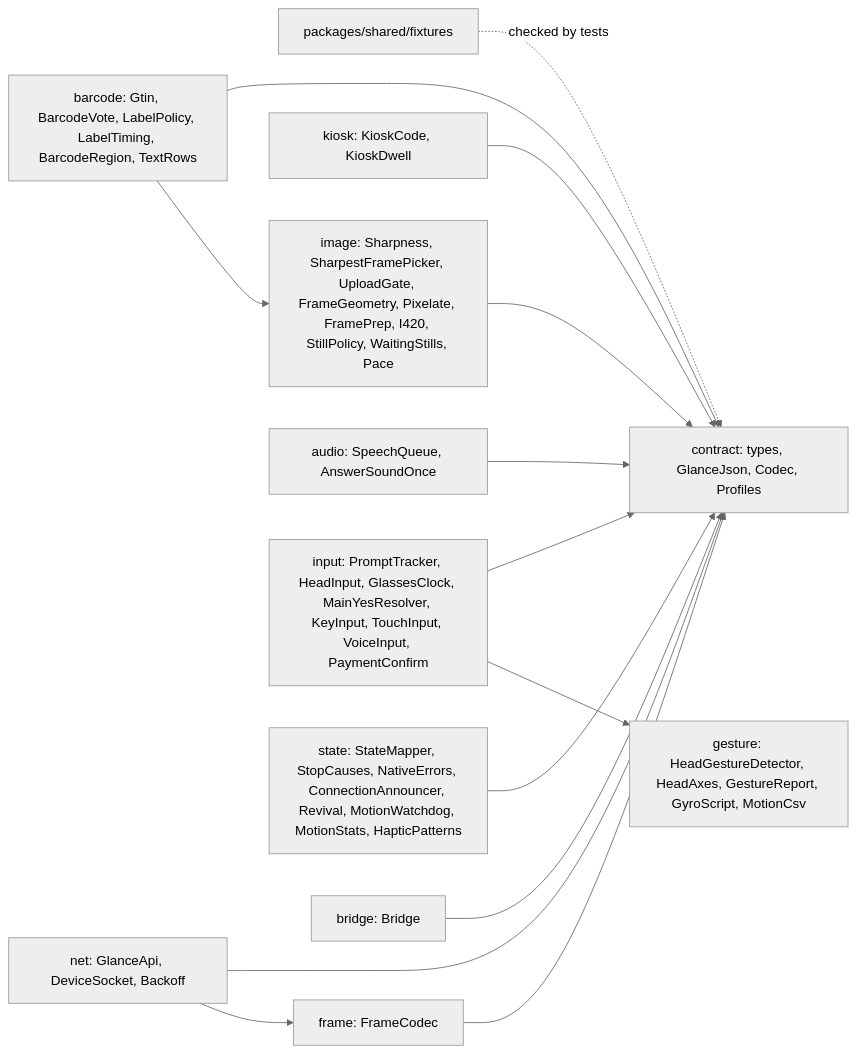
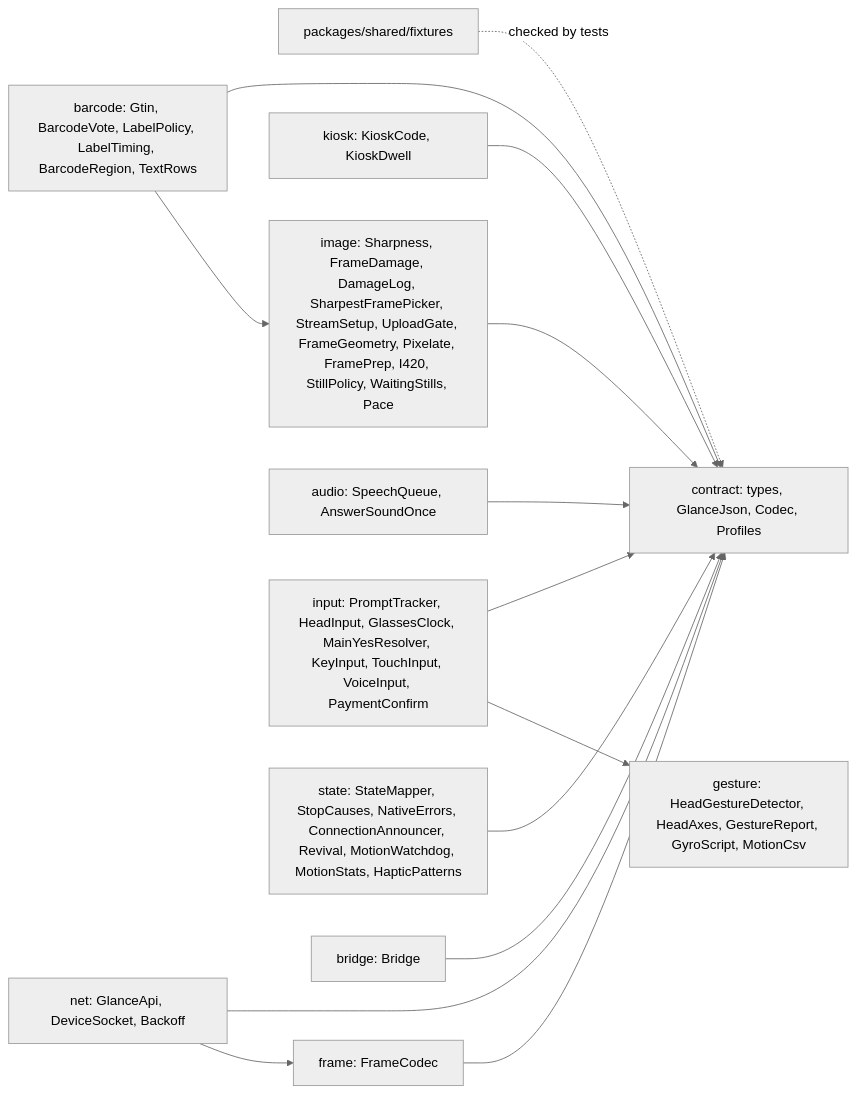
Before and after one commit to mrBymax/glance: the sixth of 7 diagrams in apps/mobile/android/README.md, drawn with Mermaid (neutral theme). The commit also changed other lines of this file, not shown here.

First line of the commit message:
docs(android): describe the damage measure and the stream settings

````diff
--- a/apps/mobile/android/README.md
+++ b/apps/mobile/android/README.md
@@ -562,18 +662,18 @@
 ```mermaid
 flowchart LR
     Fixtures[packages/shared/fixtures] -. checked by tests .-> Contract
     Contract[contract: types, GlanceJson, Codec, Profiles]
     Frame[frame: FrameCodec] --> Contract
     Kiosk[kiosk: KioskCode, KioskDwell] --> Contract
     Barcode[barcode: Gtin, BarcodeVote, LabelPolicy, LabelTiming, BarcodeRegion, TextRows] --> Contract
-    Image[image: Sharpness, SharpestFramePicker, UploadGate, FrameGeometry, Pixelate, FramePrep, I420, StillPolicy, WaitingStills, Pace] --> Contract
+    Image[image: Sharpness, FrameDamage, DamageLog, SharpestFramePicker, StreamSetup, UploadGate, FrameGeometry, Pixelate, FramePrep, I420, StillPolicy, WaitingStills, Pace] --> Contract
     Barcode --> Image
     Gesture[gesture: HeadGestureDetector, HeadAxes, GestureReport, GyroScript, MotionCsv]
     Audio[audio: SpeechQueue, AnswerSoundOnce] --> Contract
     Input[input: PromptTracker, HeadInput, GlassesClock, MainYesResolver, KeyInput, TouchInput, VoiceInput, PaymentConfirm] --> Contract
     Input --> Gesture
     State[state: StateMapper, StopCauses, NativeErrors, ConnectionAnnouncer, Revival, MotionWatchdog, MotionStats, HapticPatterns] --> Contract
     Net[net: GlanceApi, DeviceSocket, Backoff] --> Contract
     Net --> Frame
     BridgeText[bridge: Bridge] --> Contract
 ```
````
